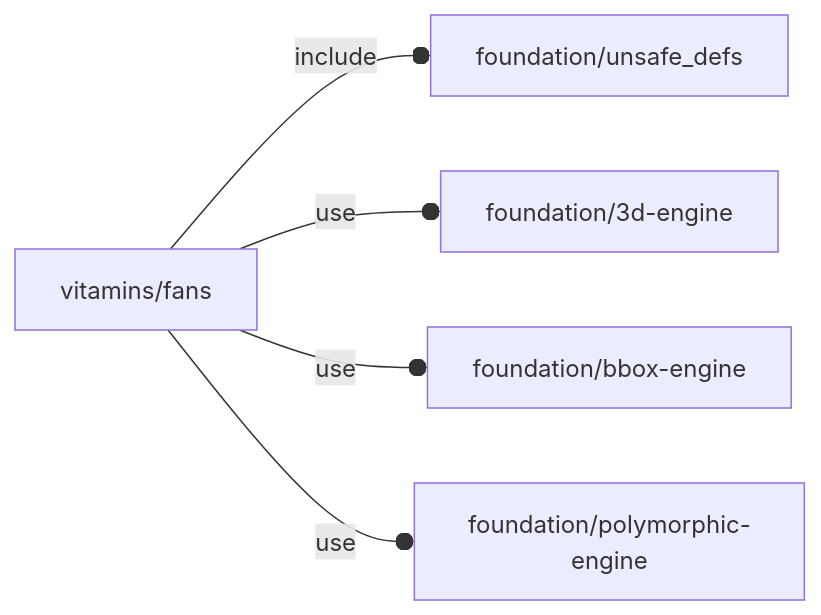
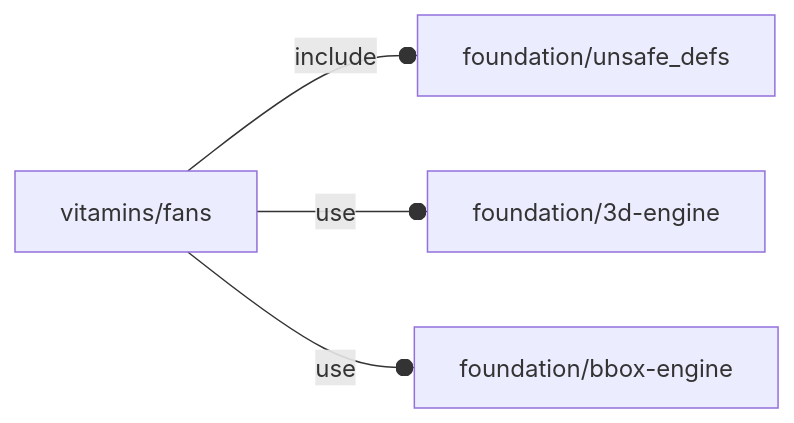
The diagram in orthodocs/vitamins/fans.md (ggabbiani/OFL), drawn with Mermaid before and after one commit. The commit also changed 69 other files, not shown here.

````diff
--- a/orthodocs/vitamins/fans.md
+++ b/orthodocs/vitamins/fans.md
@@ -5,7 +5,6 @@
 ```mermaid
 graph LR
     A1[vitamins/fans] --o|include| A2[foundation/unsafe_defs]
     A1 --o|use| A3[foundation/3d-engine]
     A1 --o|use| A4[foundation/bbox-engine]
-    A1 --o|use| A5[foundation/polymorphic-engine]
 ```
````
